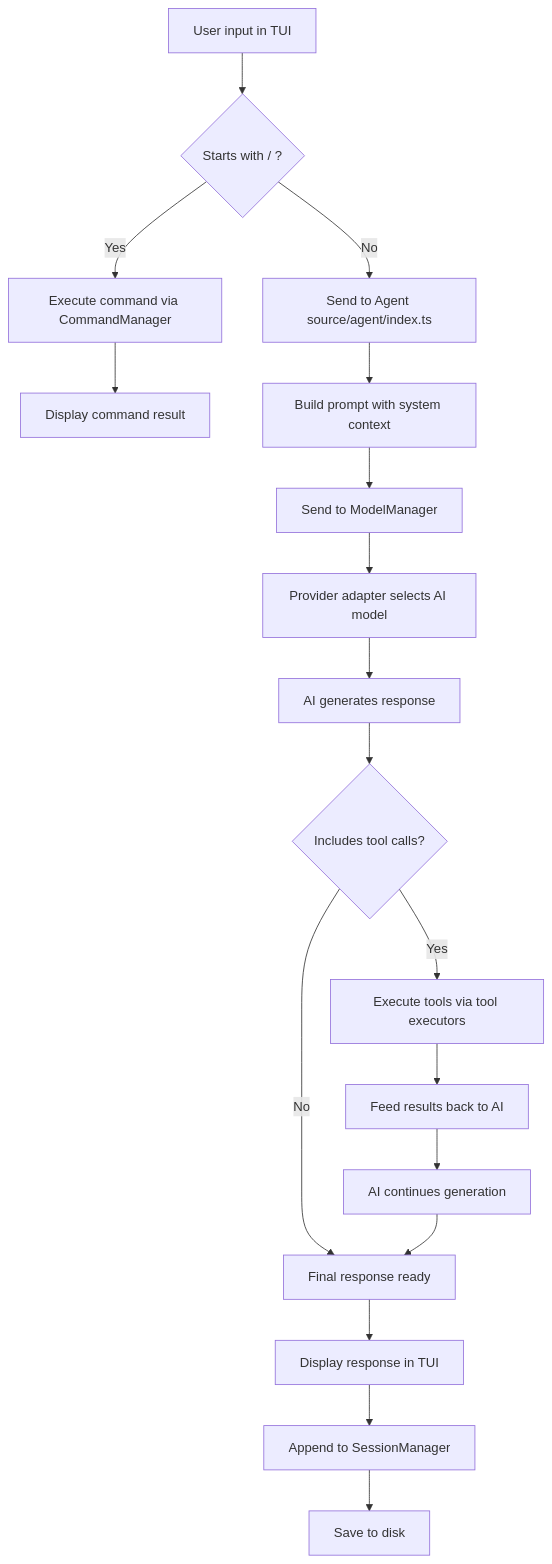
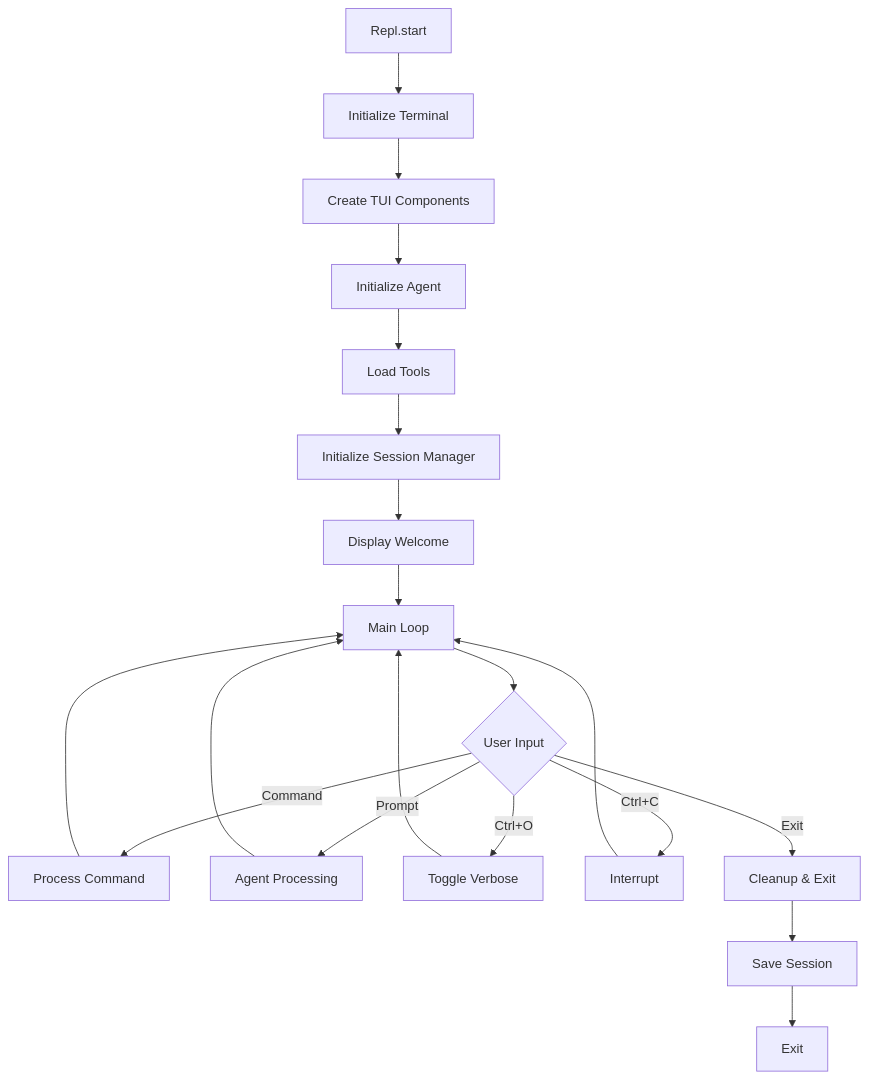
The second of 10 diagrams in ARCHITECTURE.md (travisennis/acai-ts), drawn with Mermaid before and after one commit. The commit also changed other lines of this file and 11 other files, not shown here.

First line of the commit message:
feat: implement subagent tool system

````diff
--- a/ARCHITECTURE.md
+++ b/ARCHITECTURE.md
@@ -644,20 +599,24 @@
 ```mermaid
-graph TD
-  A[User input in TUI] --> B{Starts with / ?}
-  B -->|Yes| C[Execute command via CommandManager]
-  C --> D[Display command result]
-  B -->|No| E[Send to Agent source/agent/index.ts]
-  E --> F[Build prompt with system context]
-  F --> G[Send to ModelManager]
-  G --> H[Provider adapter selects AI model]
-  H --> I[AI generates response]
-  I --> J{Includes tool calls?}
-  J -->|Yes| K[Execute tools via tool executors]
-  K --> L[Feed results back to AI]
-  L --> M[AI continues generation]
-  J -->|No| N[Final response ready]
-  M --> N
-  N --> O[Display response in TUI]
-  O --> P[Append to SessionManager]
-  P --> Q[Save to disk]
+flowchart TD
+    A[Repl.start] --> B[Initialize Terminal]
+    B --> C[Create TUI Components]
+    C --> D[Initialize Agent]
+    D --> E[Load Tools]
+    E --> F[Initialize Session Manager]
+    F --> G[Display Welcome]
+    G --> H[Main Loop]
+    
+    H --> I{User Input}
+    I -->|Command| J[Process Command]
+    I -->|Prompt| K[Agent Processing]
+    I -->|Ctrl+O| L[Toggle Verbose]
+    I -->|Ctrl+C| M[Interrupt]
+    I -->|Exit| N[Cleanup & Exit]
+    
+    J --> H
+    K --> H
+    L --> H
+    M --> H
+    N --> O[Save Session]
+    O --> P[Exit]
 ```
````
